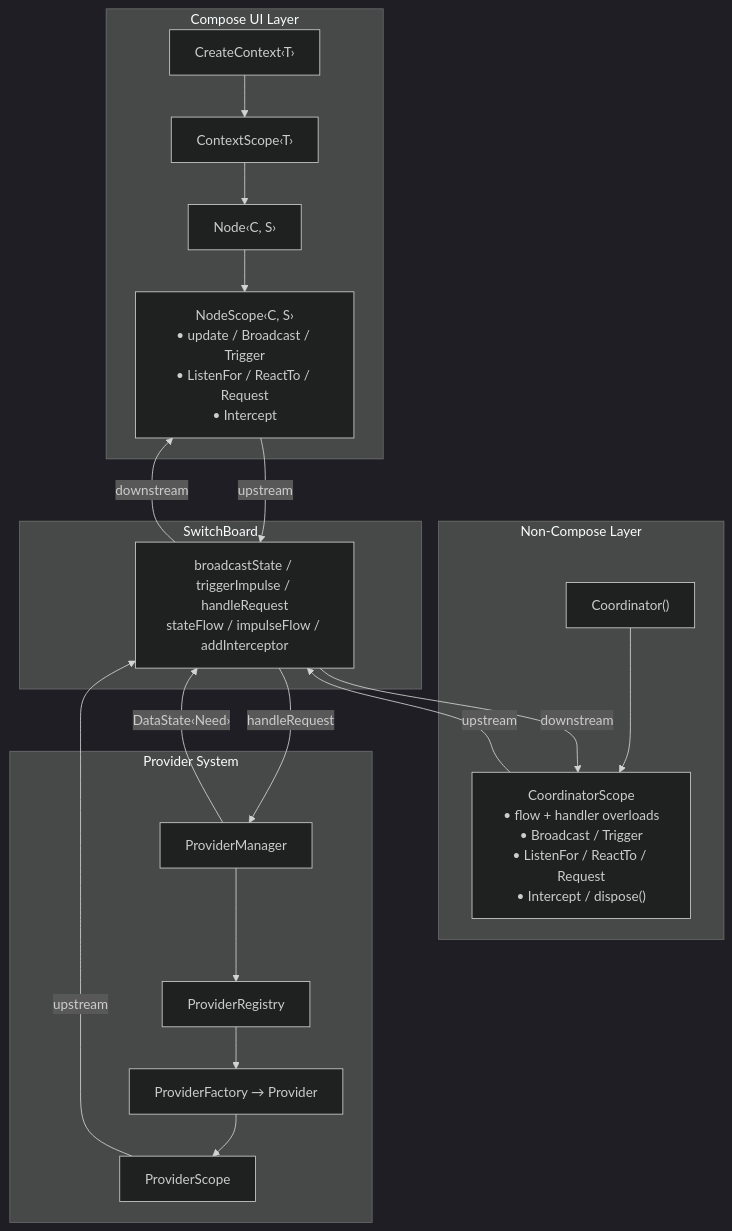
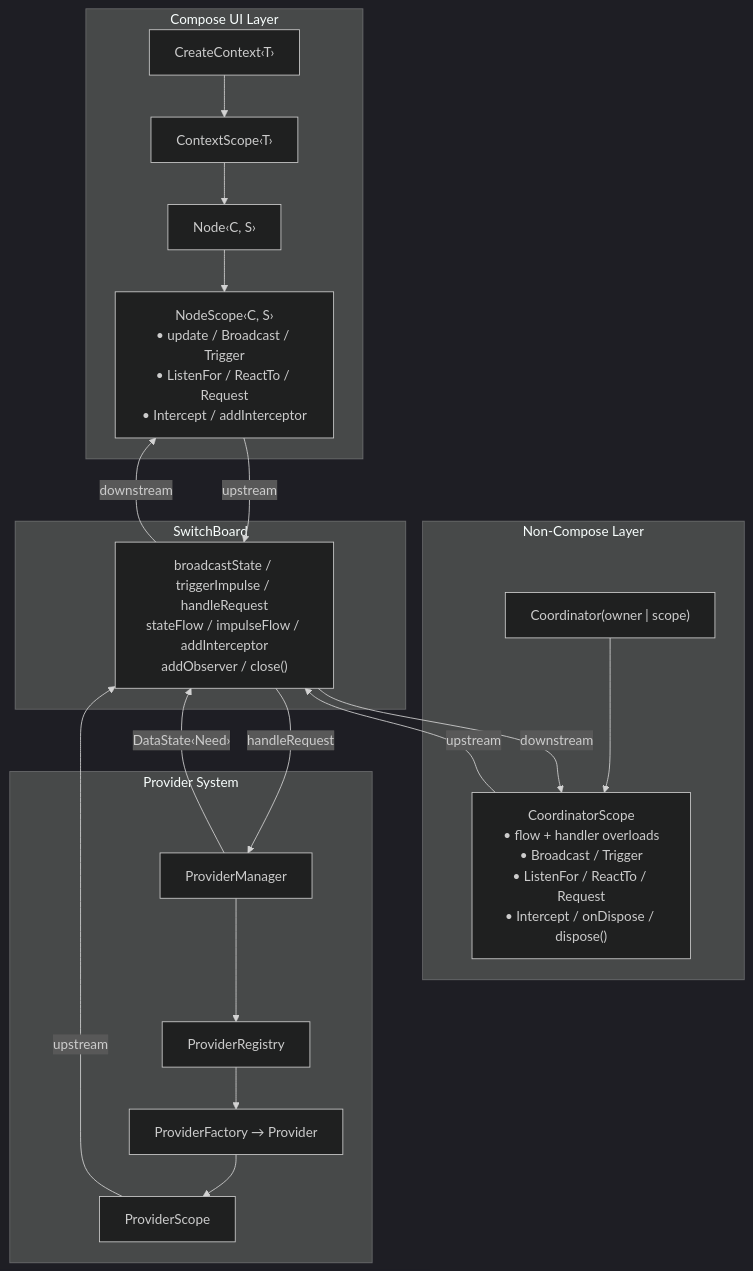
Before and after one commit to coreywaldon/synapse: the second of 7 diagrams in arch/README.md, drawn with Mermaid (dark theme). The commit also changed other lines of this file and 4 other files, not shown here.

````diff
--- a/arch/README.md
+++ b/arch/README.md
@@ -1145,31 +1300,31 @@
 ```mermaid
 flowchart TB
     subgraph Compose ["Compose UI Layer"]
         CC["CreateContext‹T›"] --> CS["ContextScope‹T›"]
         CS --> N["Node‹C, S›"]
-        N --> NS["NodeScope‹C, S›<br/>• update / Broadcast / Trigger<br/>• ListenFor / ReactTo / Request<br/>• Intercept"]
+        N --> NS["NodeScope‹C, S›<br/>• update / Broadcast / Trigger<br/>• ListenFor / ReactTo / Request<br/>• Intercept / addInterceptor"]
     end
 
     subgraph NonCompose ["Non-Compose Layer"]
-        CO["Coordinator()"] --> COS["CoordinatorScope<br/>• flow + handler overloads<br/>• Broadcast / Trigger<br/>• ListenFor / ReactTo / Request<br/>• Intercept / dispose()"]
+        CO["Coordinator(owner | scope)"] --> COS["CoordinatorScope<br/>• flow + handler overloads<br/>• Broadcast / Trigger<br/>• ListenFor / ReactTo / Request<br/>• Intercept / onDispose / dispose()"]
     end
 
     subgraph SB ["SwitchBoard"]
-        BUS["broadcastState / triggerImpulse / handleRequest<br/>stateFlow / impulseFlow / addInterceptor"]
+        BUS["broadcastState / triggerImpulse / handleRequest<br/>stateFlow / impulseFlow / addInterceptor<br/>addObserver / close()"]
     end
 
     NS -->|"upstream"| BUS
     BUS -->|"downstream"| NS
     COS -->|"upstream"| BUS
     BUS -->|"downstream"| COS
 
     subgraph Providers ["Provider System"]
         PM2["ProviderManager"] --> PR2["ProviderRegistry"]
         PR2 --> PF2["ProviderFactory → Provider"]
         PF2 --> PS2["ProviderScope"]
     end
 
     BUS -->|"handleRequest"| PM2
     PM2 -->|"DataState‹Need›"| BUS
     PS2 -->|"upstream"| BUS
 ```
````
